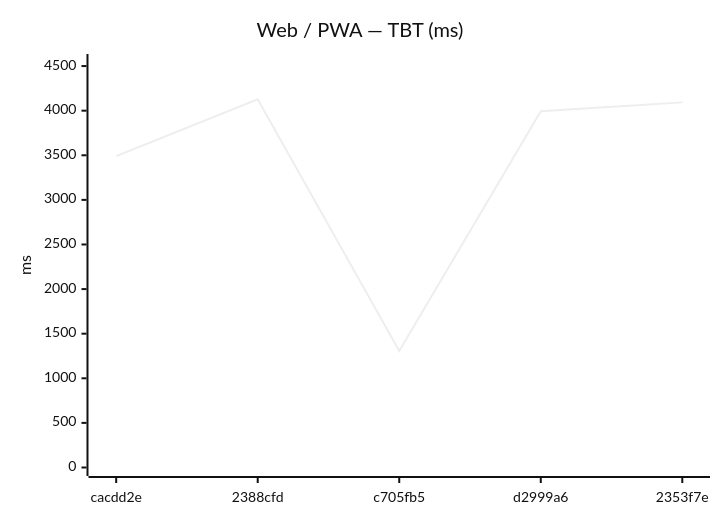
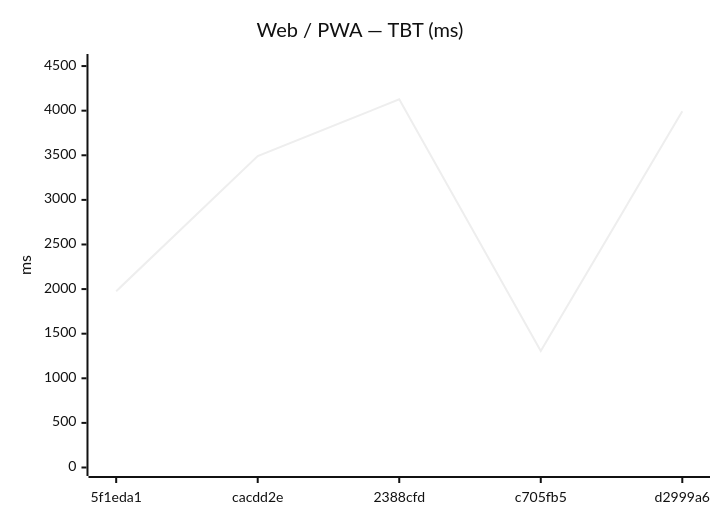
The sixth of 12 diagrams in benchmarks/compare.md (Metaheurist/Rianell), drawn with Mermaid (neutral theme) before and after one commit. The commit also changed other lines of this file and 8 other files, not shown here.

````diff
--- a/benchmarks/compare.md
+++ b/benchmarks/compare.md
@@ -89,7 +89,7 @@
 ```mermaid
 xychart-beta
     title "Web / PWA — TBT (ms)"
-    x-axis ["cacdd2e", "2388cfd", "c705fb5", "d2999a6", "2353f7e"]
+    x-axis ["5f1eda1", "cacdd2e", "2388cfd", "c705fb5", "d2999a6"]
     y-axis "ms" 0 --> 4540
-    line [3491, 4127, 1307, 3994, 4093]
+    line [1976, 3491, 4127, 1307, 3994]
 ```
````
